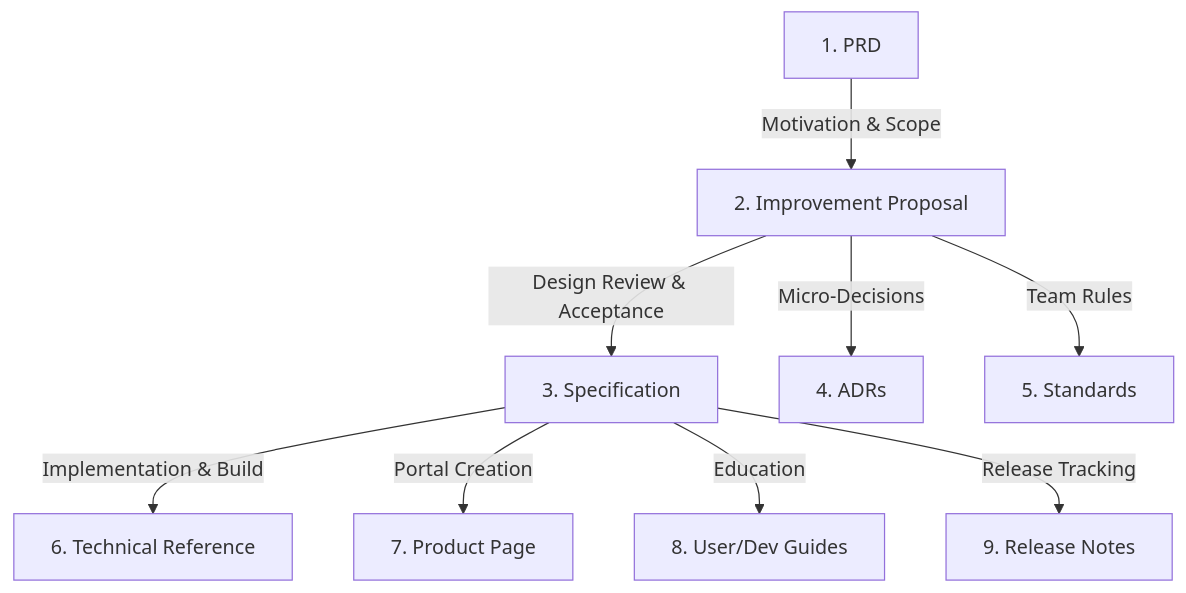
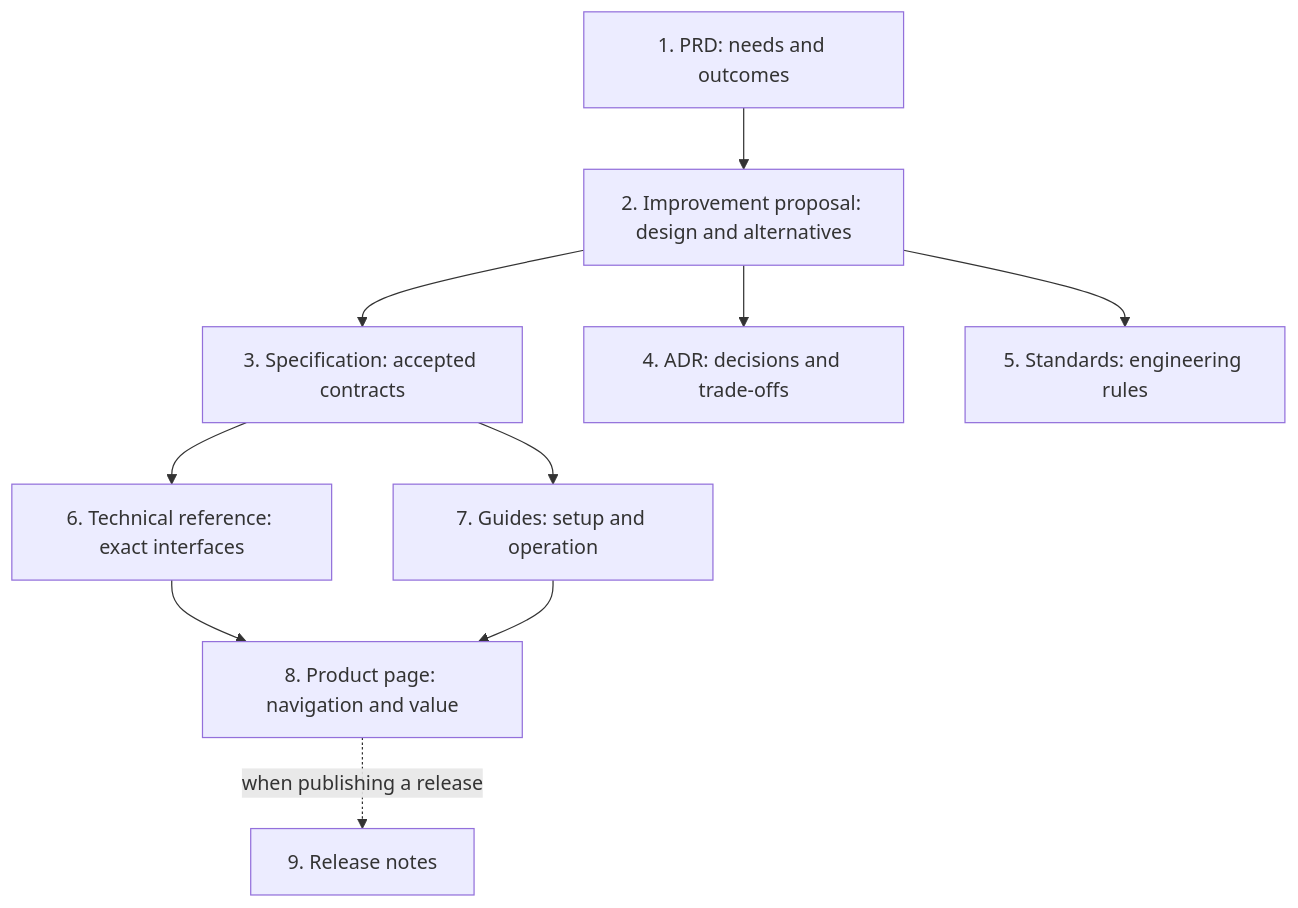
One commit to armckinney/gyrus changed the first of 2 diagrams in .gyrus/concepts/root/reference/standards-001-doc-strategy.md. Above: the diagram before and after it, drawn with Mermaid. The commit also changed other lines of this file and 53 other files, not shown here.

First line of the commit message:
Update technical references and configuration schema

````diff
--- a/.gyrus/concepts/root/reference/standards-001-doc-strategy.md
+++ b/.gyrus/concepts/root/reference/standards-001-doc-strategy.md
@@ -54,11 +30,12 @@
 ```mermaid
-graph TD
-    PRD[1. PRD] -->|Motivation & Scope| IP[2. Improvement Proposal]
-    IP -->|Design Review & Acceptance| Specs[3. Specification]
-    IP -->|Micro-Decisions| ADR[4. ADRs]
-    IP -->|Team Rules| Std[5. Standards]
-    Specs -->|Implementation & Build| Ref[6. Technical Reference]
-    Specs -->|Portal Creation| Land[7. Product Page]
-    Specs -->|Education| Guide[8. User/Dev Guides]
-    Specs -->|Release Tracking| RN[9. Release Notes]
+flowchart TD
+    PRD["1. PRD: needs and outcomes"] --> IP["2. Improvement proposal: design and alternatives"]
+    IP --> Spec["3. Specification: accepted contracts"]
+    IP --> ADR["4. ADR: decisions and trade-offs"]
+    IP --> Standards["5. Standards: engineering rules"]
+    Spec --> Reference["6. Technical reference: exact interfaces"]
+    Spec --> Guide["7. Guides: setup and operation"]
+    Reference --> Product["8. Product page: navigation and value"]
+    Guide --> Product
+    Product -. "when publishing a release" .-> Release["9. Release notes"]
 ```
````
